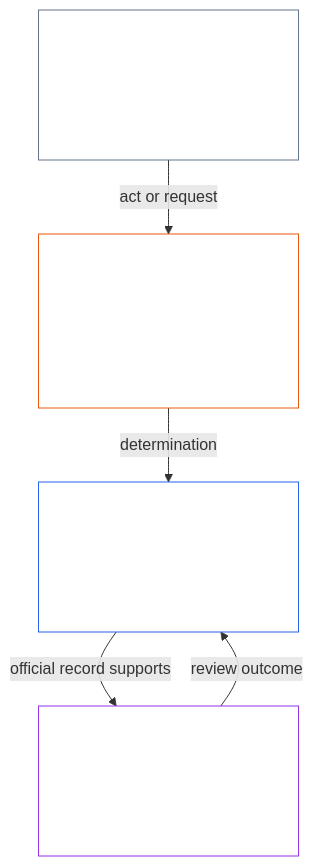
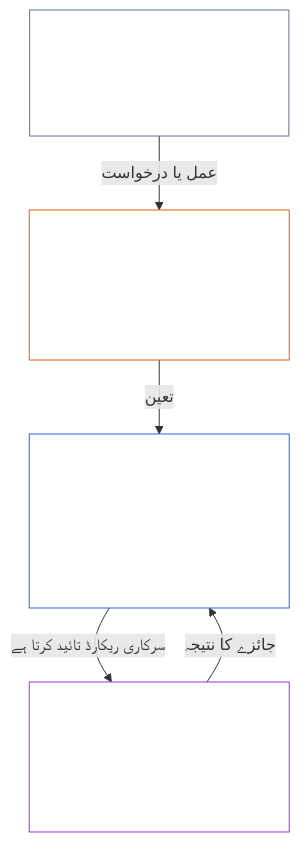
One commit to kfoelsch/Sentient_Constitution changed the first of 2 diagrams in project/translation_drafts/2026-11-26/ch00_ch01_resync/ur__core_01.000_constitutional_map.md. Above: the diagram before and after it, drawn with Mermaid. The commit also changed other lines of this file and 42 other files, not shown here.

````diff
--- a/project/translation_drafts/2026-11-26/ch00_ch01_resync/ur__core_01.000_constitutional_map.md
+++ b/project/translation_drafts/2026-11-26/ch00_ch01_resync/ur__core_01.000_constitutional_map.md
@@ -219,15 +219,15 @@
 ```mermaid
 flowchart TB
-    I["Initiating seat<br/><br/>Requests, proposes, operates,<br/>claims, or begins the act"]
-    V["Verify-or-authorize seat<br/><br/>Checks evidence and authority;<br/>verifies, authorizes, declines, or conditions"]
-    R["Official record-custody seat<br/><br/>Enters, amends, preserves,<br/>and publishes the Act Record"]
-    C["Challenge-review seat<br/><br/>Receives and reviews challenges;<br/>corrects, limits, or routes"]
-    I -->|act or request| V
-    V -->|determination| R
-    R -->|official record supports| C
-    C -->|review outcome| R
+    I["آغاز کی نشست<br/><br/>درخواست دیتا، تجویز کرتا، چلاتا ہے،<br/>دعویٰ کرتا یا عمل شروع کرتا ہے"]
+    V["تصدیق یا اجازت کی نشست<br/><br/>ثبوت اور اختیار کی جانچ کرتی ہے؛<br/>تصدیق، اجازت، انکار یا شرائط عائد کرتی ہے"]
+    R["سرکاری ریکارڈ کی تحویل کی نشست<br/><br/>عملی ریکارڈ درج، ترمیم اور محفوظ کرتی ہے،<br/>اور اسے شائع کرتی ہے"]
+    C["اعتراض کے جائزے کی نشست<br/><br/>اعتراضات وصول اور ان کا جائزہ لیتی ہے؛<br/>درست، محدود یا آگے بھیجتی ہے"]
+    I -->|عمل یا درخواست| V
+    V -->|تعین| R
+    R -->|سرکاری ریکارڈ تائید کرتا ہے| C
+    C -->|جائزے کا نتیجہ| R
     style I fill:none,stroke:#64748b,color:#ffffff
     style V fill:none,stroke:#ea580c,color:#ffffff
     style R fill:none,stroke:#2563eb,color:#ffffff
     style C fill:none,stroke:#9333ea,color:#ffffff
 ```
````
